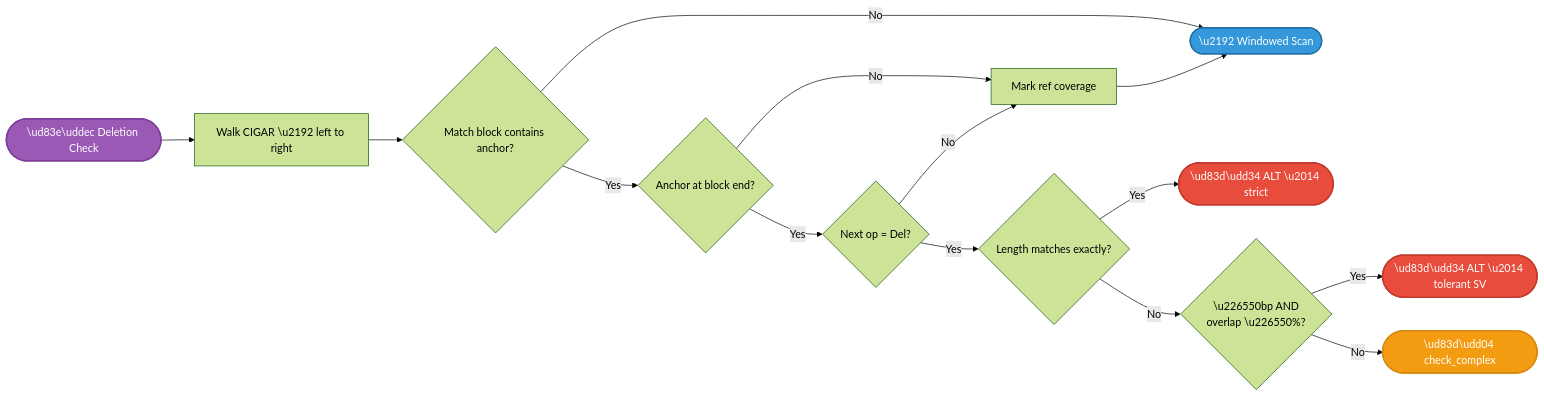
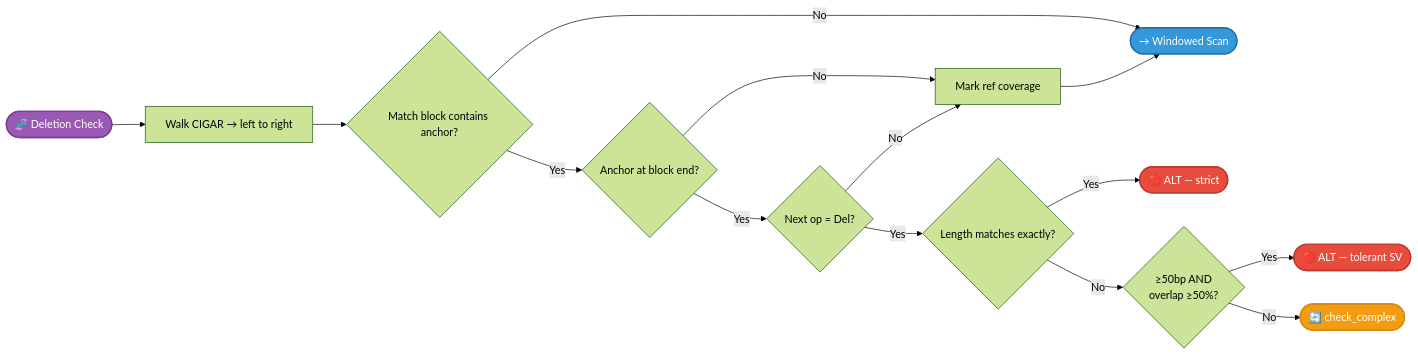
Before and after one commit to msk-access/gbcms: the fifth of 12 diagrams in docs/reference/allele-classification.md, drawn with Mermaid (forest theme). The commit also changed other lines of this file and 4 other files, not shown here.

````diff
--- a/docs/reference/allele-classification.md
+++ b/docs/reference/allele-classification.md
@@ -256,21 +256,21 @@
 ```mermaid
 flowchart LR
-    Start(["\ud83e\uddec Deletion Check"]):::start --> Walk["Walk CIGAR \u2192 left to right"]
+    Start(["🧬 Deletion Check"]):::start --> Walk["Walk CIGAR → left to right"]
     Walk --> MatchBlk{"Match block contains anchor?"}
-    MatchBlk -->|No| WinCheck(["\u2192 Windowed Scan"]):::next
+    MatchBlk -->|No| WinCheck(["→ Windowed Scan"]):::next
     MatchBlk -->|Yes| AtEnd{"Anchor at block end?"}
     AtEnd -->|No| RefCov["Mark ref coverage"]
     AtEnd -->|Yes| NextDel{"Next op = Del?"}
     NextDel -->|No| RefCov
     NextDel -->|Yes| LenMatch{"Length matches exactly?"}
-    LenMatch -->|Yes| StrictAlt(["\ud83d\udd34 ALT \u2014 strict"]):::alt
-    LenMatch -->|No| Recip{"\u226550bp AND\noverlap \u226550%?"}
-    Recip -->|Yes| TolAlt(["\ud83d\udd34 ALT \u2014 tolerant SV"]):::alt
-    Recip -->|No| CPX(["\ud83d\udd04 check_complex"]):::fallback
+    LenMatch -->|Yes| StrictAlt(["🔴 ALT — strict"]):::alt
+    LenMatch -->|No| Recip{"≥50bp AND\noverlap ≥50%?"}
+    Recip -->|Yes| TolAlt(["🔴 ALT — tolerant SV"]):::alt
+    Recip -->|No| CPX(["🔄 check_complex"]):::fallback
     RefCov --> WinCheck
 
     classDef start fill:#9b59b6,color:#fff,stroke:#7d3c98,stroke-width:2px;
     classDef next fill:#3498db,color:#fff,stroke:#2471a3,stroke-width:2px;
     classDef alt fill:#e74c3c,color:#fff,stroke:#c0392b,stroke-width:2px;
     classDef fallback fill:#f39c12,color:#fff,stroke:#d68910,stroke-width:2px;
 ```
````
